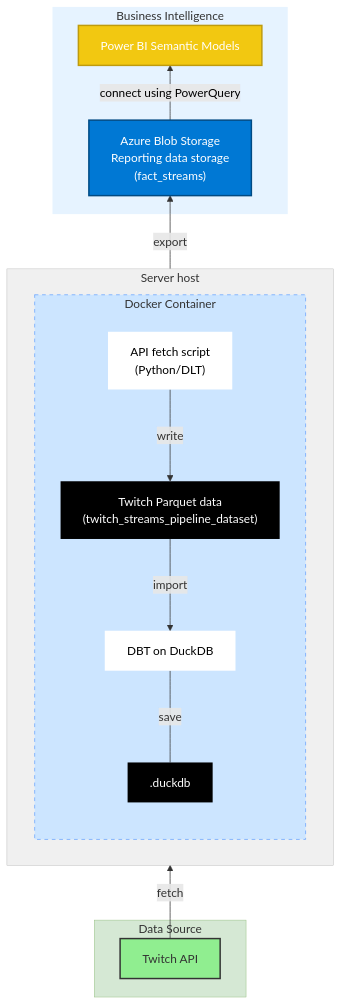
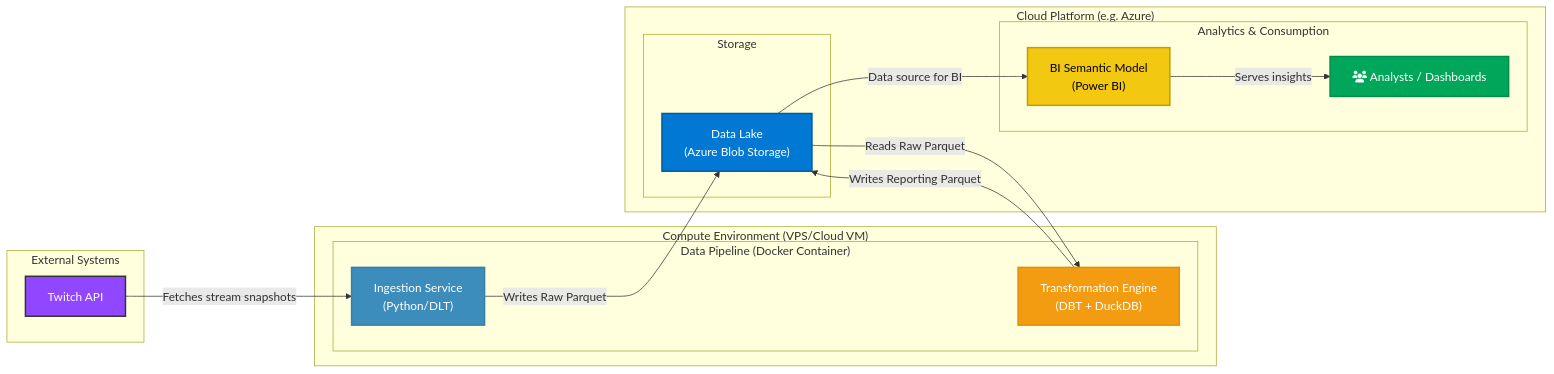
One commit to gabriellegall/twitch_bi changed the second of 2 diagrams in README.md. Above: the diagram before and after it, drawn with Mermaid. The commit also changed other lines of this file, not shown here.

````diff
--- a/README.md
+++ b/README.md
@@ -65,46 +49,40 @@
 ```mermaid
-graph BT;
-    %% Subgraph Definitions
-    subgraph DS ["Data Source"]
+graph LR;
+    %% Define subgraphs
+    subgraph "External Systems"
         A[Twitch API]
     end
 
-    subgraph VPS [Server host]
-        direction LR
-        subgraph DockerContainer [Docker Container]
-            n1
-            direction TB
-            D["DBT + DuckDB<br>(transformation & export)"]
-            C["Raw data storage<br>(/data folder)"]
-            B["API fetch script<br>(Python/DLT)"]
+    subgraph "Compute Environment (VPS/Cloud VM)"
+        subgraph "Data Pipeline (Docker Container)"
+             B["Ingestion Service<br>(Python/DLT)"]
+             C["Transformation Engine<br>(DBT + DuckDB)"]
         end
     end
 
-    subgraph BI ["Business Intelligence"]
-        F[Power BI Semantic Models]
-        E["Azure Blob Storage<br>(Reporting Parquet files)"]
+    subgraph "Cloud Platform (e.g. Azure)"
+        subgraph "Storage"
+            D["Data Lake<br>(Azure Blob Storage)"]
+        end
+        subgraph "Analytics & Consumption"
+            E["BI Semantic Model<br>(Power BI)"]
+            F[fa:fa-users Analysts / Dashboards]
+        end
     end
 
-    %% Data Flow
-    A -->|"fetch"| B
-    B -->|"write"| C
-    C["Twitch Parquet data<br>(twitch_streams_pipeline_dataset)"] -->|"import"| D
-    D -->|"export"| E
-    E["Azure Blob Storage<br>Reporting data storage<br>(fact_streams)<br>"] -->|"connect using PowerQuery"| F
-
-    %% Styling for Nodes
-    style A fill:#90ee90,stroke:#333,stroke-width:2px
-    style E fill:#0078D4,stroke:#004A83,stroke-width:2px,color:#fff
-    style F fill:#F2C811,stroke:#BF9B0D,stroke-width:2px,color:#fff
-
-    style VPS fill:#f0f0f0,stroke:#aaa,stroke-width:0.5px
-    style DS fill:#D5E8D4,stroke:#82B366,stroke-width:0.5px
-    linkStyle 4 color:#000000
-    style B fill:#FFFFFF,color:#000000,stroke:#FFFFFF,stroke-width:0px
-    style D color:#000000,fill:#FFFFFF,stroke-width:0px
-    style DockerContainer fill:#cce5ff,stroke:#66a3ff,stroke-width:1px,stroke-dasharray:5 5
-    style BI fill:#E6F3FF,stroke:#004A83,stroke-width:0px
-    style C color:#FFFFFF,stroke-width:0px,fill:#000000
-    D["DBT on DuckDB"] ---|"save"| n1[".duckdb"]
-    style n1 color:#FFFFFF,fill:#000000,stroke-width:0px
+    %% Define the data flow
+    A -- "Fetches stream snapshots" --> B
+    B -- "Writes Raw Parquet" --> D
+    D -- "Reads Raw Parquet" --> C
+    C -- "Writes Reporting Parquet" --> D
+    D -- "Data source for BI" --> E
+    E -- "Serves insights" --> F
+    
+    %% Styling
+    style A fill:#9146FF,stroke:#333,stroke-width:2px,color:#fff
+    style B fill:#3c8dbc,stroke:#367fa9,stroke-width:2px,color:white
+    style C fill:#f39c12,stroke:#e08e0b,stroke-width:2px,color:white
+    style D fill:#0078D4,stroke:#005A9E,stroke-width:2px,color:white
+    style E fill:#F2C811,stroke:#BF9B0D,stroke-width:2px,color:#000
+    style F fill:#00a65a,stroke:#008d4c,stroke-width:2px,color:white
 ```
````
